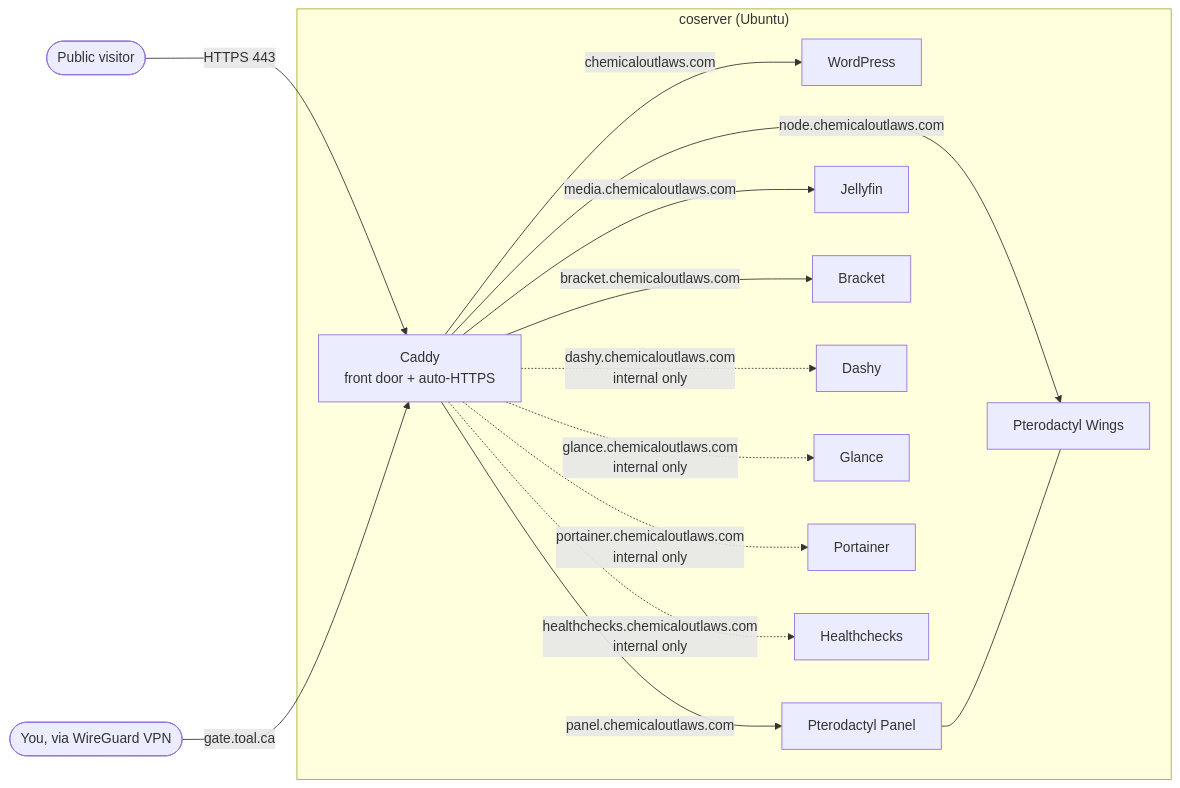
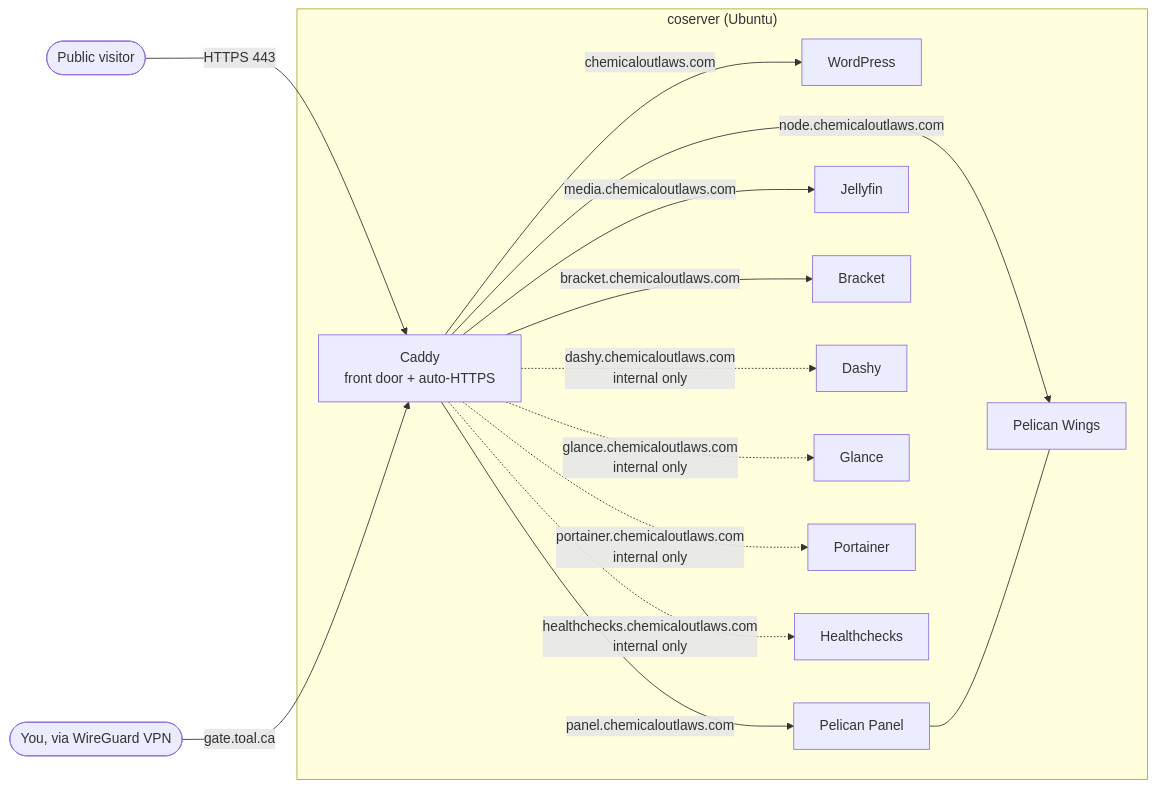
Before and after one commit to sage905/final: the first of 3 diagrams in docs/Server-Guide.md, drawn with Mermaid. The commit also changed other lines of this file and 2 other files, not shown here.

````diff
--- a/docs/Server-Guide.md
+++ b/docs/Server-Guide.md
@@ -58,21 +58,21 @@
 ```mermaid
 flowchart LR
     User([Public visitor]) -->|HTTPS 443| Caddy
     Admin([You, via WireGuard VPN]) -->|gate.toal.ca| Caddy
 
     subgraph Server["coserver (Ubuntu)"]
         Caddy[Caddy<br/>front door + auto-HTTPS]
 
         Caddy -->|chemicaloutlaws.com| WP[WordPress]
-        Caddy -->|panel.chemicaloutlaws.com| Ptero[Pterodactyl Panel]
-        Caddy -->|node.chemicaloutlaws.com| Wings[Pterodactyl Wings]
+        Caddy -->|panel.chemicaloutlaws.com| Ptero[Pelican Panel]
+        Caddy -->|node.chemicaloutlaws.com| Wings[Pelican Wings]
         Caddy -->|media.chemicaloutlaws.com| JF[Jellyfin]
         Caddy -->|bracket.chemicaloutlaws.com| Bracket[Bracket]
         Caddy -.->|dashy.chemicaloutlaws.com<br/>internal only| Dashy[Dashy]
         Caddy -.->|glance.chemicaloutlaws.com<br/>internal only| Glance[Glance]
         Caddy -.->|portainer.chemicaloutlaws.com<br/>internal only| Port[Portainer]
         Caddy -.->|healthchecks.chemicaloutlaws.com<br/>internal only| HC[Healthchecks]
     end
 
     Ptero --- Wings
 ```
````
